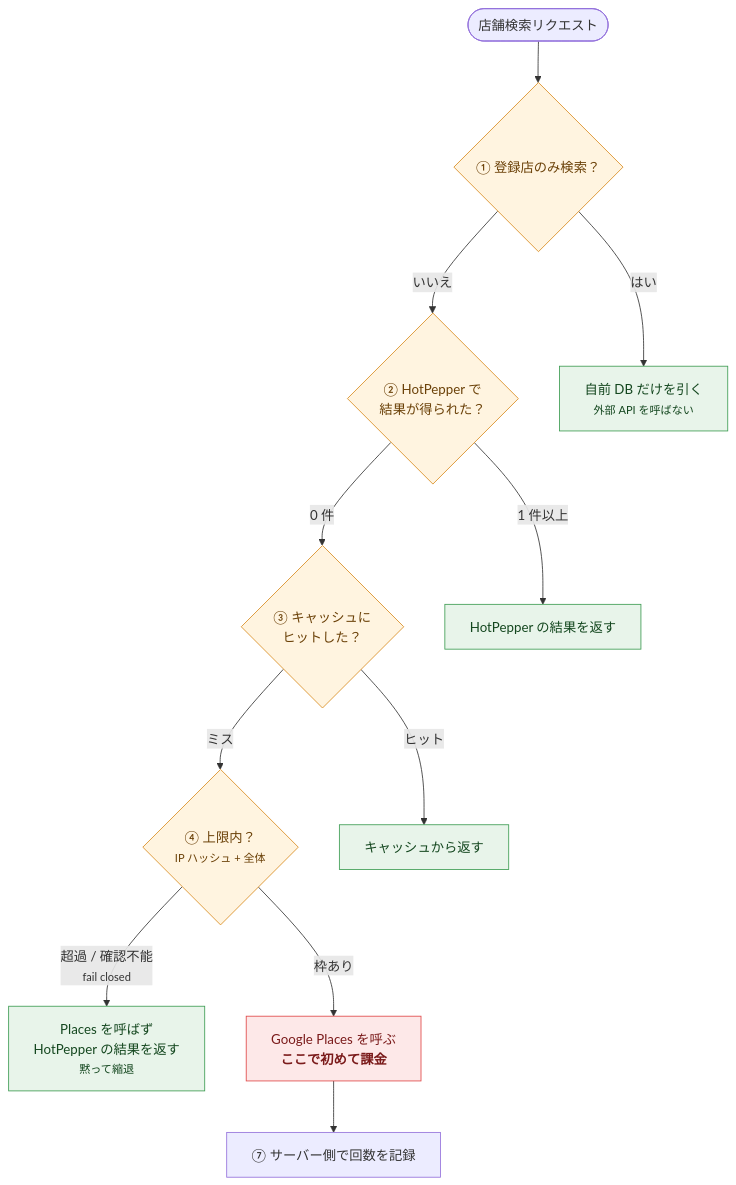
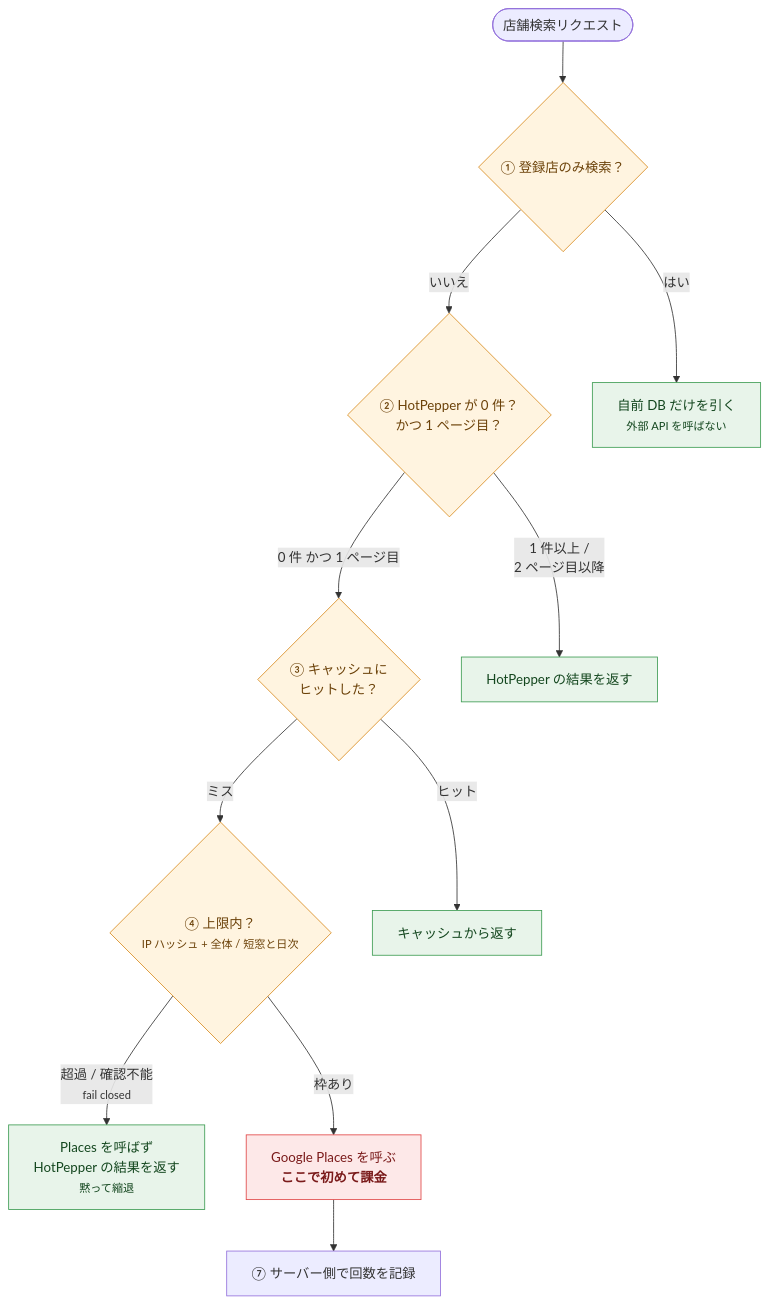
The second of 4 diagrams in docs/diagrams.md (tzptzptzptzptzp/ajipita-inside), drawn with Mermaid before and after one commit. The commit also changed other lines of this file and 12 other files, not shown here.

First line of the commit message:
🔍 第2回監査の指摘を反映（構成図の事実誤り4件）

````diff
--- a/docs/diagrams.md
+++ b/docs/diagrams.md
@@ -85,34 +86,34 @@
 ```mermaid
 flowchart TB
     START(["店舗検索リクエスト"])
 
     G1{"① 登録店のみ検索？"}
-    G2{"② HotPepper で<br/>結果が得られた？"}
+    G2{"② HotPepper が 0 件？<br/>かつ 1 ページ目？"}
     G3{"③ キャッシュに<br/>ヒットした？"}
-    G4{"④ 上限内？<br/><small>IP ハッシュ + 全体</small>"}
+    G4{"④ 上限内？<br/><small>IP ハッシュ + 全体 / 短窓と日次</small>"}
 
     DB_ONLY["自前 DB だけを引く<br/><small>外部 API を呼ばない</small>"]
     HP_RES["HotPepper の結果を返す"]
     CACHE_RES["キャッシュから返す"]
     DEGRADE["Places を呼ばず<br/>HotPepper の結果を返す<br/><small>黙って縮退</small>"]
     CALL["Google Places を呼ぶ<br/><strong>ここで初めて課金</strong>"]
     METER["⑦ サーバー側で回数を記録"]
 
     START --> G1
     G1 -->|"はい"| DB_ONLY
     G1 -->|"いいえ"| G2
-    G2 -->|"1 件以上"| HP_RES
-    G2 -->|"0 件"| G3
+    G2 -->|"1 件以上 /<br/>2 ページ目以降"| HP_RES
+    G2 -->|"0 件 かつ 1 ページ目"| G3
     G3 -->|"ヒット"| CACHE_RES
     G3 -->|"ミス"| G4
     G4 -->|"超過 / 確認不能<br/><small>fail closed</small>"| DEGRADE
     G4 -->|"枠あり"| CALL
     CALL --> METER
 
     classDef free fill:#e8f4ea,stroke:#3d9c52,color:#14471f
     classDef paid fill:#fde8e8,stroke:#e04747,color:#7a1a1a
     classDef guard fill:#fff4e0,stroke:#d98c1f,color:#6b4108
     class DB_ONLY,HP_RES,CACHE_RES,DEGRADE free
     class CALL paid
     class G1,G2,G3,G4 guard
 ```
````
